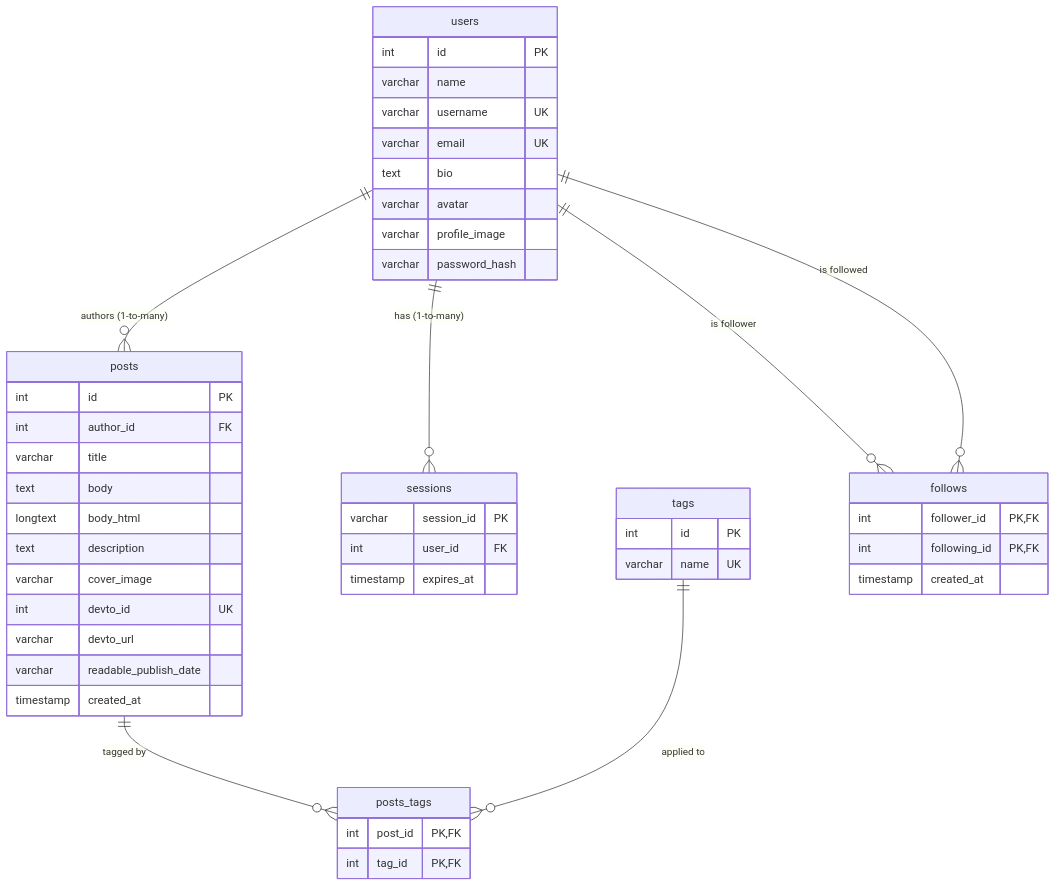
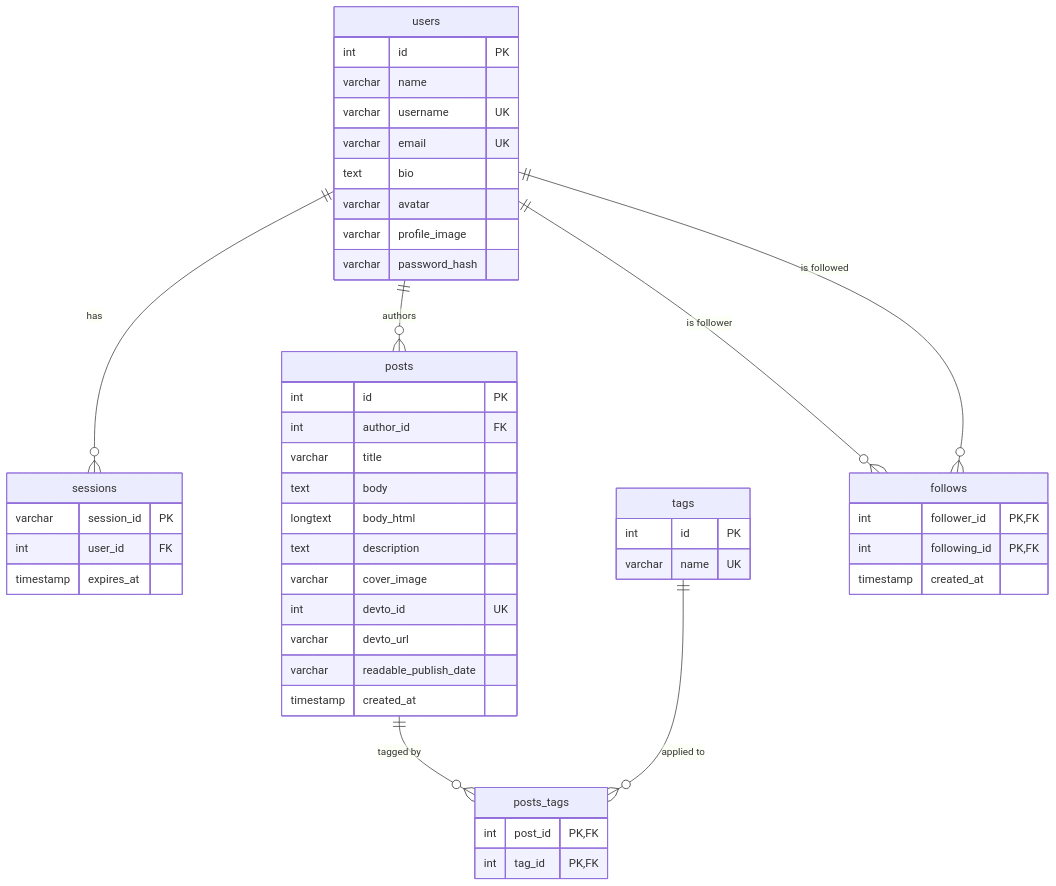
The diagram in docs/db-diagram.mmd (Nadav-Shalev/PulseNet), drawn with Mermaid before and after one commit. The commit also changed 5 other files, not shown here.

First line of the commit message:
docs: generate the ERD (PNG and Mermaid) from schema.sql

```diff
--- a/docs/db-diagram.mmd
+++ b/docs/db-diagram.mmd
@@ -1,54 +1,54 @@
 erDiagram
-    users      ||--o{ posts     : "authors (1-to-many)"
-    users      ||--o{ sessions  : "has (1-to-many)"
-    posts      ||--o{ posts_tags : "tagged by"
-    tags       ||--o{ posts_tags : "applied to"
-    users      ||--o{ follows   : "is follower"
-    users      ||--o{ follows   : "is followed"
+    users ||--o{ sessions   : "has"
+    users ||--o{ posts      : "authors"
+    posts ||--o{ posts_tags : "tagged by"
+    tags  ||--o{ posts_tags : "applied to"
+    users ||--o{ follows    : "is follower"
+    users ||--o{ follows    : "is followed"
 
     users {
-        int          id            PK
-        varchar      name
-        varchar      username      UK
-        varchar      email         UK
-        text         bio
-        varchar      avatar
-        varchar      profile_image
-        varchar      password_hash
+        int     id            PK
+        varchar name
+        varchar username      UK
+        varchar email         UK
+        text    bio
+        varchar avatar
+        varchar profile_image
+        varchar password_hash
     }
 
     sessions {
-        varchar   session_id  PK
-        int       user_id     FK
+        varchar   session_id PK
+        int       user_id    FK
         timestamp expires_at
     }
 
     posts {
         int       id                    PK
         int       author_id             FK
         varchar   title
         text      body
         longtext  body_html
         text      description
         varchar   cover_image
         int       devto_id              UK
         varchar   devto_url
         varchar   readable_publish_date
         timestamp created_at
     }
 
     tags {
-        int     id    PK
-        varchar name  UK
+        int     id   PK
+        varchar name UK
     }
 
     posts_tags {
         int post_id PK, FK
         int tag_id  PK, FK
     }
 
     follows {
         int       follower_id  PK, FK
         int       following_id PK, FK
         timestamp created_at
     }
```
